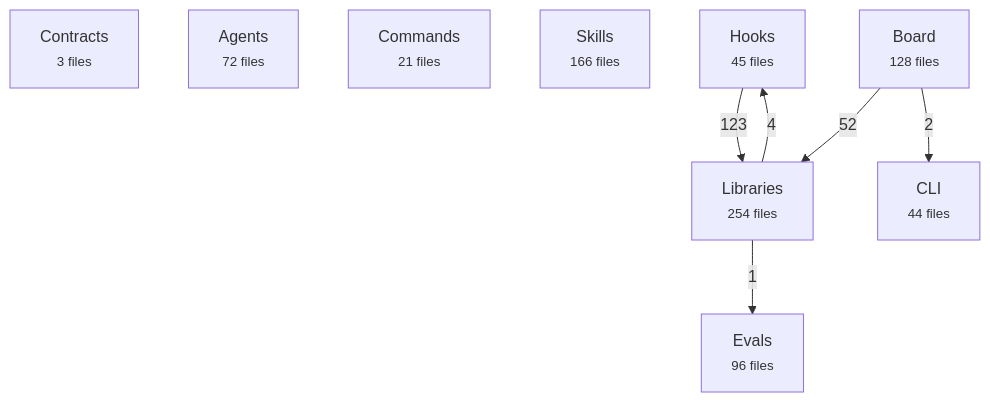
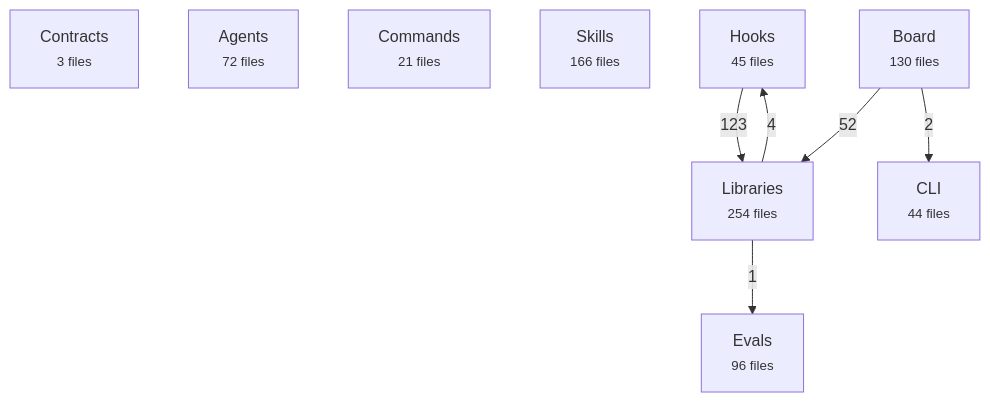
Before and after one commit to avelikiy/great_cto: the first of 2 diagrams in docs/reference/architecture-map.md, drawn with Mermaid. The commit also changed other lines of this file and 7 other files, not shown here.

````diff
--- a/docs/reference/architecture-map.md
+++ b/docs/reference/architecture-map.md
@@ -20,17 +20,17 @@
 ```mermaid
 flowchart TD
   contracts["Contracts<br/><small>3 files</small>"]
   agents["Agents<br/><small>72 files</small>"]
   commands["Commands<br/><small>21 files</small>"]
   skills["Skills<br/><small>166 files</small>"]
   hooks["Hooks<br/><small>45 files</small>"]
   libs["Libraries<br/><small>254 files</small>"]
-  board["Board<br/><small>128 files</small>"]
+  board["Board<br/><small>130 files</small>"]
   cli["CLI<br/><small>44 files</small>"]
   evals["Evals<br/><small>96 files</small>"]
   hooks -->|123| libs
   board -->|52| libs
   libs -->|4| hooks
   board -->|2| cli
   libs -->|1| evals
 ```
````
